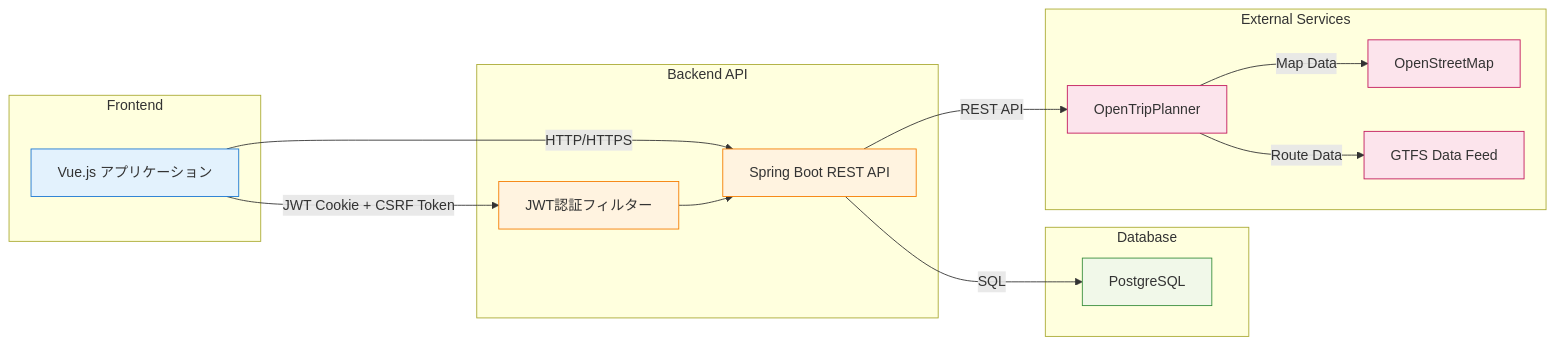
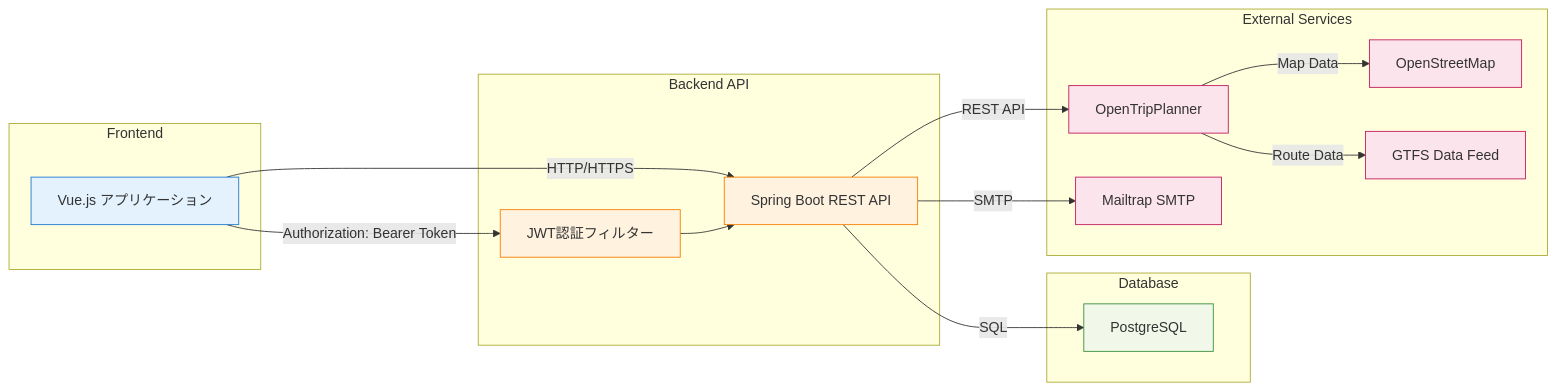
One commit to taichi0373/kumamoto-henno-map changed the first of 2 diagrams in docs/04_interfaces/api_spec.md. Above: the diagram before and after it, drawn with Mermaid. The commit also changed other lines of this file and 125 other files, not shown here.

````diff
--- a/docs/04_interfaces/api_spec.md
+++ b/docs/04_interfaces/api_spec.md
@@ -21,39 +21,41 @@
 ```mermaid
 graph LR
     subgraph "Frontend"
         FE[Vue.js アプリケーション]
     end
 
     subgraph "Backend API"
         API[Spring Boot REST API]
         AUTH[JWT認証フィルター]
     end
 
     subgraph "Database"
         DB[PostgreSQL]
     end
 
     subgraph "External Services"
         OTP[OpenTripPlanner]
         OSM[OpenStreetMap]
         GTFS[GTFS Data Feed]
+        MAIL[Mailtrap SMTP]
     end
 
-    FE -->|JWT Cookie + CSRF Token| AUTH
+    FE -->|Authorization: Bearer Token| AUTH
     FE -->|HTTP/HTTPS| API
     AUTH --> API
     API -->|SQL| DB
     API -->|REST API| OTP
+    API -->|SMTP| MAIL
     OTP -->|Map Data| OSM
     OTP -->|Route Data| GTFS
 
     classDef frontend fill:#e3f2fd,stroke:#1976d2
     classDef backend fill:#fff3e0,stroke:#f57c00
     classDef database fill:#f1f8e9,stroke:#388e3c
     classDef external fill:#fce4ec,stroke:#c2185b
 
     class FE frontend
     class API,AUTH backend
     class DB database
-    class OTP,OSM,GTFS external
+    class OTP,OSM,GTFS,MAIL external
 ```
````
